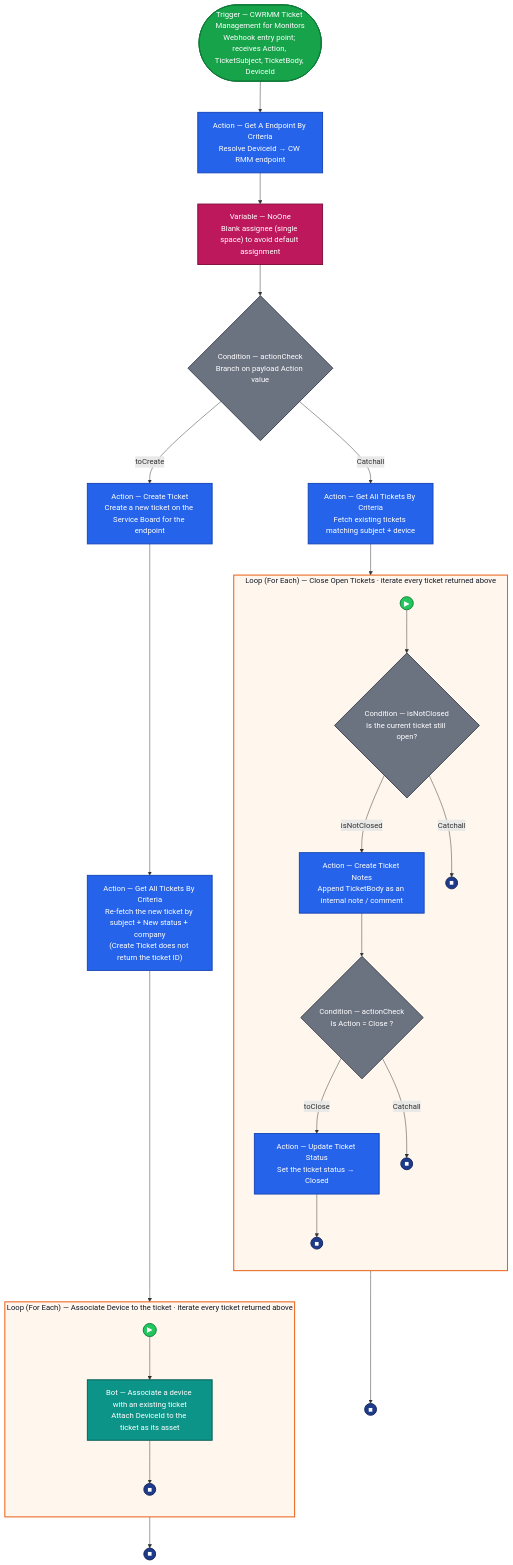
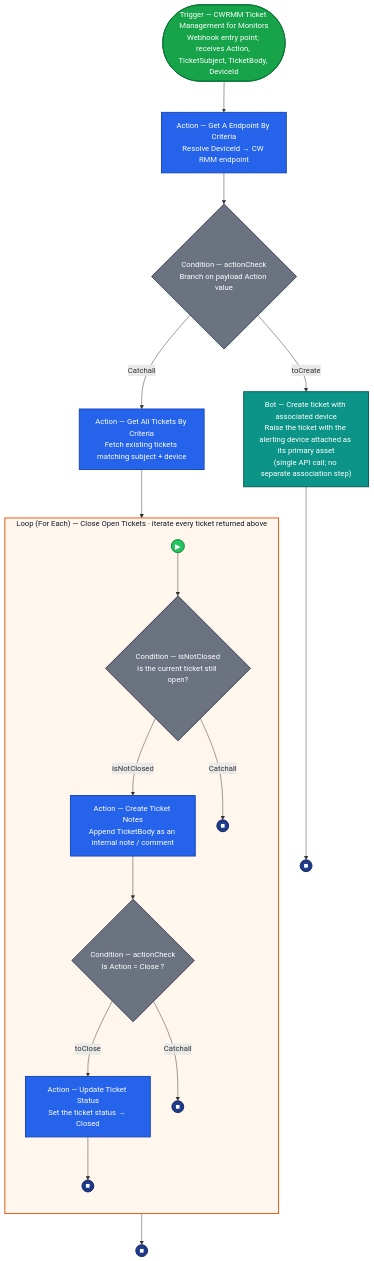
Before and after one commit to ProVal-Tech/proval-docs: the diagram in docs/cwrmm/workflows/cw-rmm-ticket-management-for-monitors.md, drawn with Mermaid. The commit also changed other lines of this file and 13 other files, not shown here.

````diff
--- a/docs/cwrmm/workflows/cw-rmm-ticket-management-for-monitors.md
+++ b/docs/cwrmm/workflows/cw-rmm-ticket-management-for-monitors.md
@@ -94,39 +94,23 @@
     %% ---------- MAIN SPINE ----------
     T(["Trigger — CWRMM Ticket Management for Monitors<br/>Webhook entry point; receives Action, TicketSubject, TicketBody, DeviceId"])
     EP["Action — Get A Endpoint By Criteria<br/>Resolve DeviceId → CW RMM endpoint"]
-    VAR["Variable — NoOne<br/>Blank assignee (single space) to avoid default assignment"]
     CHK1{"Condition — actionCheck<br/>Branch on payload Action value"}
 
     T --> EP
-    EP --> VAR
-    VAR --> CHK1
+    EP --> CHK1
 
     %% ---------- BRANCH: CREATE ----------
-    CREATE["Action — Create Ticket<br/>Create a new ticket on the Service Board for the endpoint"]
-    GETNEW["Action — Get All Tickets By Criteria<br/>Re-fetch the new ticket by subject + New status + company<br/>(Create Ticket does not return the ticket ID)"]
+    BOT["Bot — Create ticket with associated device<br/>Raise the ticket with the alerting device attached as its primary asset<br/>(single API call; no separate association step)"]
+    STOPB((■))
 
-    CHK1 -- toCreate --> CREATE
-    CREATE --> GETNEW
-
-    %% ---------- LOOP CONTAINER: ASSOCIATE DEVICE ----------
-    subgraph LOOPA ["Loop (For Each) — Associate Device to the ticket  ·  iterate every ticket returned above"]
-        direction TD
-        LSA((▶))
-        BOT["Bot — Associate a device with an existing ticket<br/>Attach DeviceId to the ticket as its asset"]
-        STOPA1((■))
-
-        LSA --> BOT
-        BOT --> STOPA1
-    end
-
-    GETNEW --> LSA
-    LOOPA --> STOPA2((■))
+    CHK1 -- toCreate --> BOT
+    BOT --> STOPB
 
     %% ---------- BRANCH: CLOSE / COMMENT ----------
     GET["Action — Get All Tickets By Criteria<br/>Fetch existing tickets matching subject + device"]
     CHK1 -- Catchall --> GET
 
-    %% ---------- LOOP CONTAINER: CLOSE OPEN TICKETS ----------
+    %% ---------- LOOP CONTAINER ----------
     subgraph LOOP ["Loop (For Each) — Close Open Tickets  ·  iterate every ticket returned above"]
         direction TD
         LS((▶))
@@ -154,19 +138,16 @@
     classDef trigger   fill:#16a34a,stroke:#0f7a37,color:#ffffff,stroke-width:2px;
     classDef action    fill:#2563eb,stroke:#1746b8,color:#ffffff,stroke-width:2px;
     classDef bot       fill:#0d9488,stroke:#075e55,color:#ffffff,stroke-width:2px;
-    classDef variable  fill:#be185d,stroke:#83103f,color:#ffffff,stroke-width:2px;
     classDef condition fill:#6b7280,stroke:#3f4654,color:#ffffff,stroke-width:2px;
     classDef startev   fill:#22c55e,stroke:#15803d,color:#ffffff,stroke-width:2px;
     classDef stop      fill:#1e3a8a,stroke:#13265c,color:#ffffff,stroke-width:2px;
 
     class T trigger;
-    class EP,CREATE,GETNEW,GET,NOTE,UPDATE action;
+    class EP,GET,NOTE,UPDATE action;
     class BOT bot;
-    class VAR variable;
     class CHK1,CHK2,CHK3 condition;
-    class LS,LSA startev;
-    class STOPA1,STOPA2,STOP2,STOP3,STOP4,STOPF stop;
+    class LS startev;
+    class STOPB,STOP2,STOP3,STOP4,STOPF stop;
 
     style LOOP fill:#fff7ed,stroke:#ea580c,stroke-width:2px,color:#111827;
-    style LOOPA fill:#fff7ed,stroke:#ea580c,stroke-width:2px,color:#111827;
 ```
````
